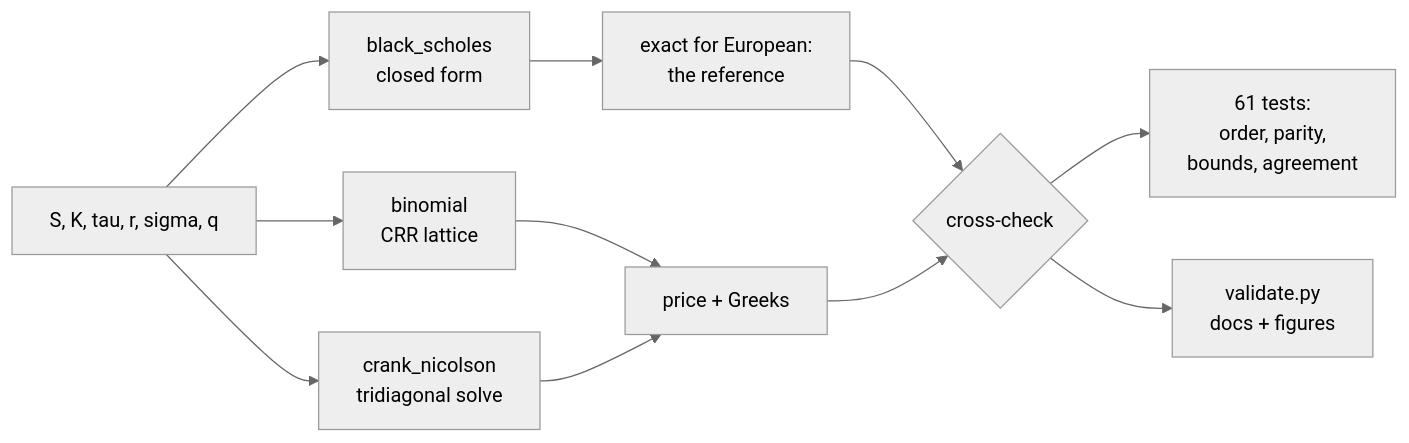
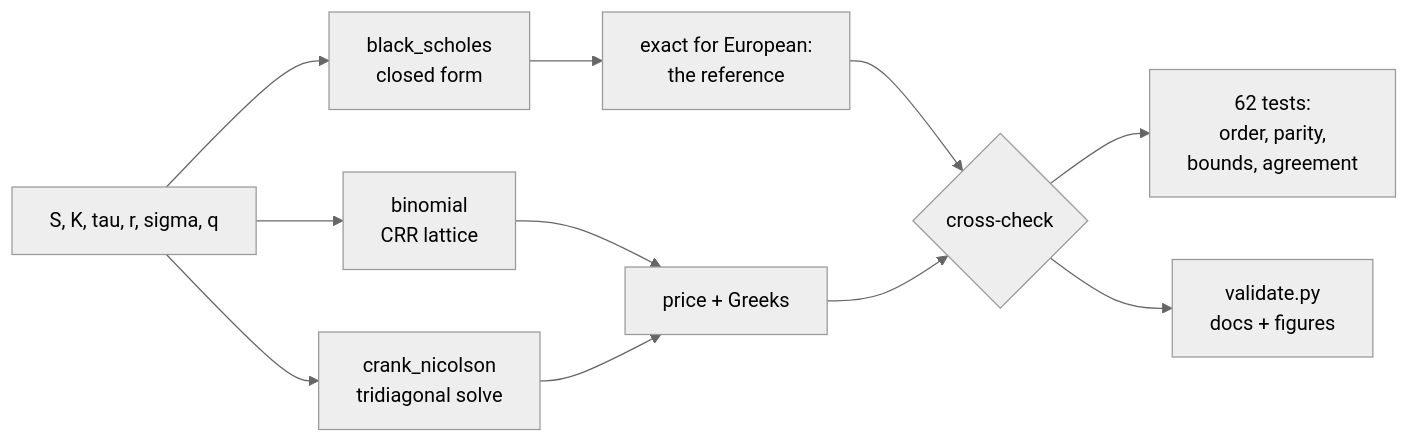
The diagram in README.md (vincal848/options-pricing), drawn with Mermaid (neutral theme) before and after one commit. The commit also changed other lines of this file and 1 other file, not shown here.

Commit message:
Test that Crank-Nicolson converges at second order

````diff
--- a/README.md
+++ b/README.md
@@ -89,13 +89,13 @@
 ```mermaid
 flowchart LR
     P[S, K, tau, r, sigma, q] --> BS[black_scholes<br/>closed form]
     P --> BN[binomial<br/>CRR lattice]
     P --> CN[crank_nicolson<br/>tridiagonal solve]
     BS --> EX[exact for European:<br/>the reference]
     BN --> NUM[price + Greeks]
     CN --> NUM
     EX --> CHK{cross-check}
     NUM --> CHK
-    CHK --> T[61 tests:<br/>order, parity,<br/>bounds, agreement]
+    CHK --> T[62 tests:<br/>order, parity,<br/>bounds, agreement]
     CHK --> V[validate.py<br/>docs + figures]
 ```
````
